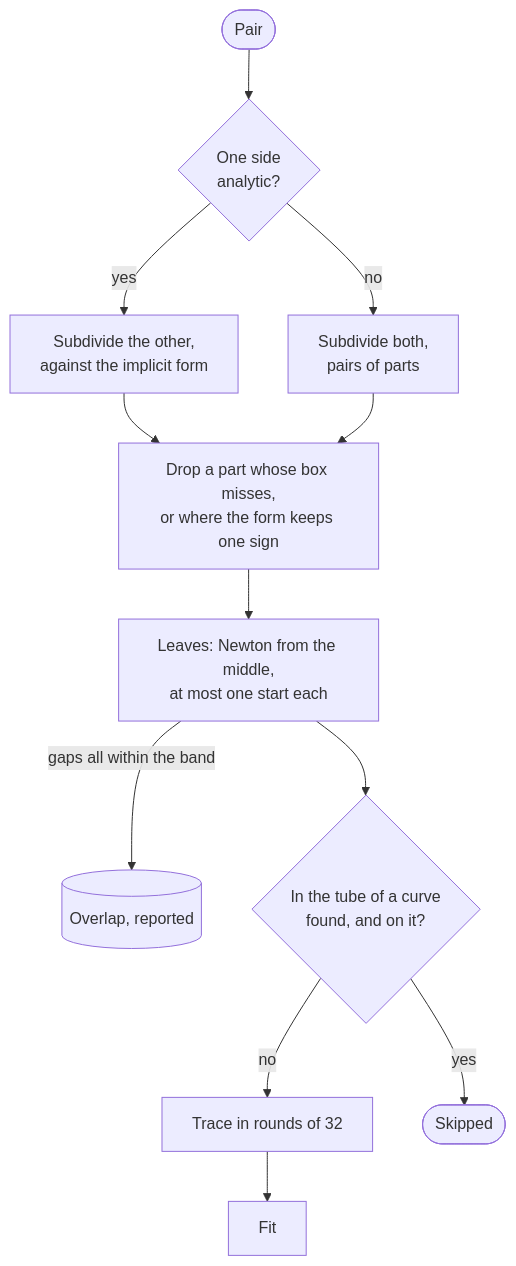
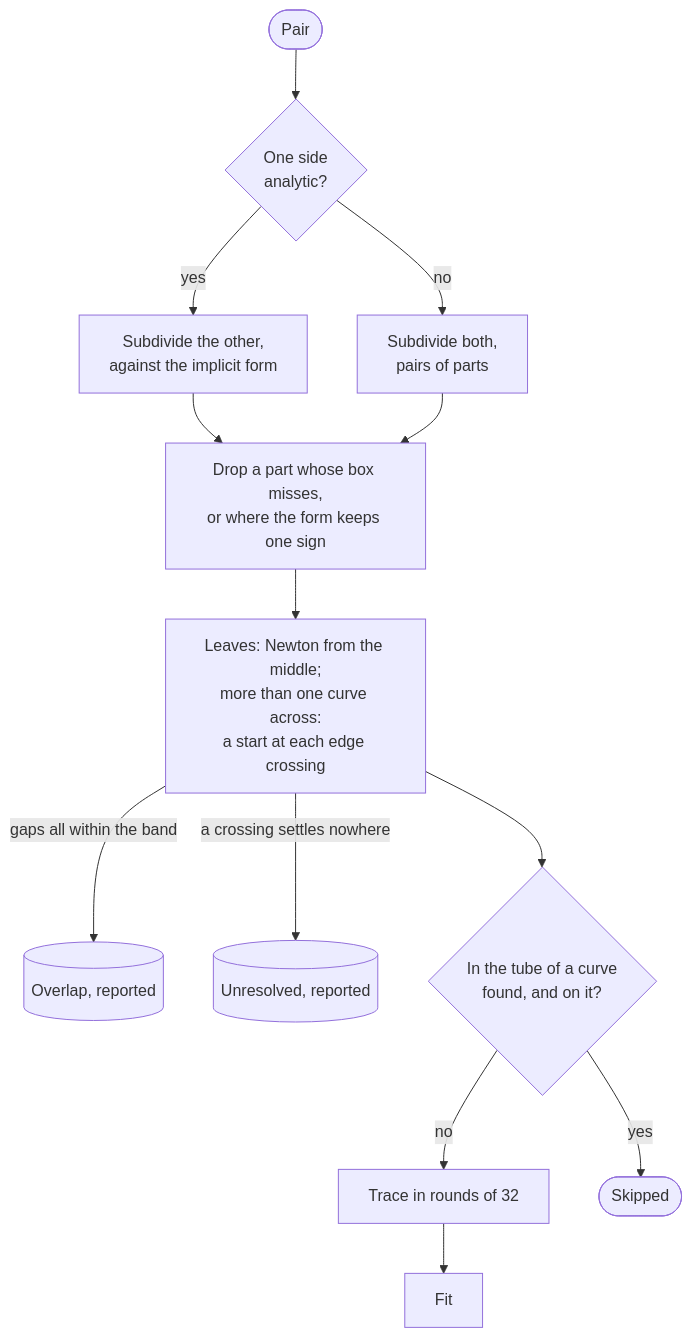
One commit to Dzoay/occam changed the second of 4 diagrams in docs/architecture/intersection.md. Above: the diagram before and after it, drawn with Mermaid. The commit also changed other lines of this file and 5 other files, not shown here.

````diff
--- a/docs/architecture/intersection.md
+++ b/docs/architecture/intersection.md
@@ -60,12 +60,13 @@
 ```mermaid
 flowchart TD
   pair(["Pair"]) --> held{"One side<br/>analytic?"}
   held -->|"yes"| one["Subdivide the other,<br/>against the implicit form"]
   held -->|"no"| both["Subdivide both,<br/>pairs of parts"]
   one & both --> drop["Drop a part whose box misses,<br/>or where the form keeps one sign"]
-  drop --> leaf["Leaves: Newton from the middle,<br/>at most one start each"]
+  drop --> leaf["Leaves: Newton from the middle;<br/>more than one curve across:<br/>a start at each edge crossing"]
   leaf -->|"gaps all within the band"| over[("Overlap, reported")]
+  leaf -->|"a crossing settles nowhere"| lost[("Unresolved, reported")]
   leaf --> tube{"In the tube of a curve<br/>found, and on it?"}
   tube -->|"no"| trace["Trace in rounds of 32"] --> fit["Fit"]
   tube -->|"yes"| skip(["Skipped"])
 ```
````
